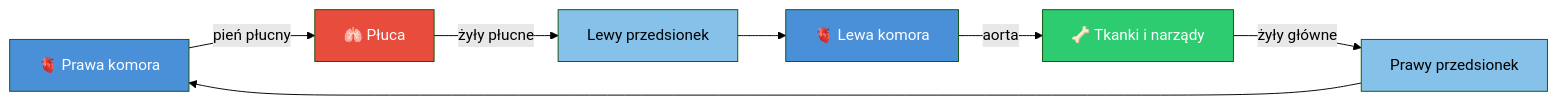
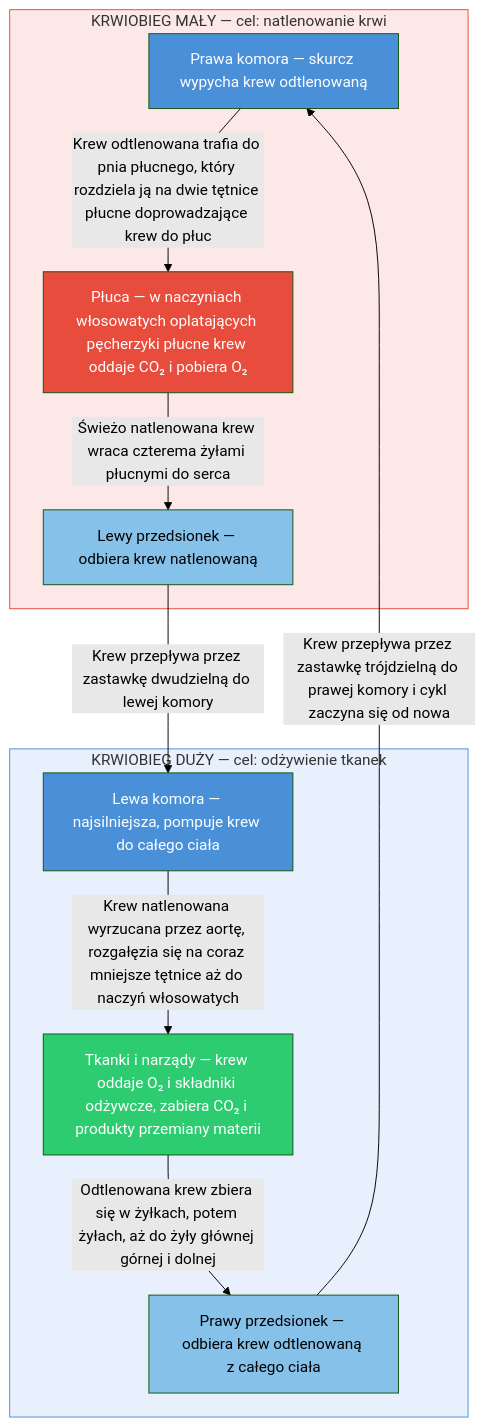
One commit to adrian-bartosz/technik-masazysta changed the diagram in content/Przedmioty/Anatomia/Zajęcia/2026-03-08 Anatomia.md. Above: the diagram before and after it, drawn with Mermaid (forest theme).

Commit message:
Quartz sync: Mar 8, 2026, 9:56 AM

````diff
--- a/content/Przedmioty/Anatomia/Zajęcia/2026-03-08 Anatomia.md
+++ b/content/Przedmioty/Anatomia/Zajęcia/2026-03-08 Anatomia.md
@@ -46,16 +46,27 @@
 ```mermaid
-flowchart LR
-    PK["🫀 Prawa komora"] -->|pień płucny| P["🫁 Płuca"]
-    P -->|żyły płucne| LP[Lewy przedsionek]
-    LP --> LK["🫀 Lewa komora"]
-    LK -->|aorta| T["🦴 Tkanki i narządy"]
-    T -->|żyły główne| PP[Prawy przedsionek]
-    PP --> PK
+flowchart TD
+    subgraph maly["KRWIOBIEG MAŁY — cel: natlenowanie krwi"]
+        PK["Prawa komora — skurcz wypycha krew odtlenowaną"]
+        PK -->|"Krew odtlenowana trafia do pnia płucnego, który rozdziela ją na dwie tętnice płucne doprowadzające krew do płuc"| P["Płuca — w naczyniach włosowatych oplatających pęcherzyki płucne krew oddaje CO₂ i pobiera O₂"]
+        P -->|"Świeżo natlenowana krew wraca czterema żyłami płucnymi do serca"| LP["Lewy przedsionek — odbiera krew natlenowaną"]
+    end
+
+    LP -->|"Krew przepływa przez zastawkę dwudzielną do lewej komory"| LK
+
+    subgraph duzy["KRWIOBIEG DUŻY — cel: odżywienie tkanek"]
+        LK["Lewa komora — najsilniejsza, pompuje krew do całego ciała"]
+        LK -->|"Krew natlenowana wyrzucana przez aortę, rozgałęzia się na coraz mniejsze tętnice aż do naczyń włosowatych"| T["Tkanki i narządy — krew oddaje O₂ i składniki odżywcze, zabiera CO₂ i produkty przemiany materii"]
+        T -->|"Odtlenowana krew zbiera się w żyłkach, potem żyłach, aż do żyły głównej górnej i dolnej"| PP["Prawy przedsionek — odbiera krew odtlenowaną z całego ciała"]
+    end
+
+    PP -->|"Krew przepływa przez zastawkę trójdzielną do prawej komory i cykl zaczyna się od nowa"| PK
 
     style PK fill:#4a90d9,color:#fff
     style LK fill:#4a90d9,color:#fff
     style P fill:#e74c3c,color:#fff
     style T fill:#2ecc71,color:#fff
-    style LP fill:#85c1e9
-    style PP fill:#85c1e9
+    style LP fill:#85c1e9,color:#000
+    style PP fill:#85c1e9,color:#000
+    style maly fill:#fde8e8,stroke:#e74c3c
+    style duzy fill:#e8f0fe,stroke:#4a90d9
 ```
````
